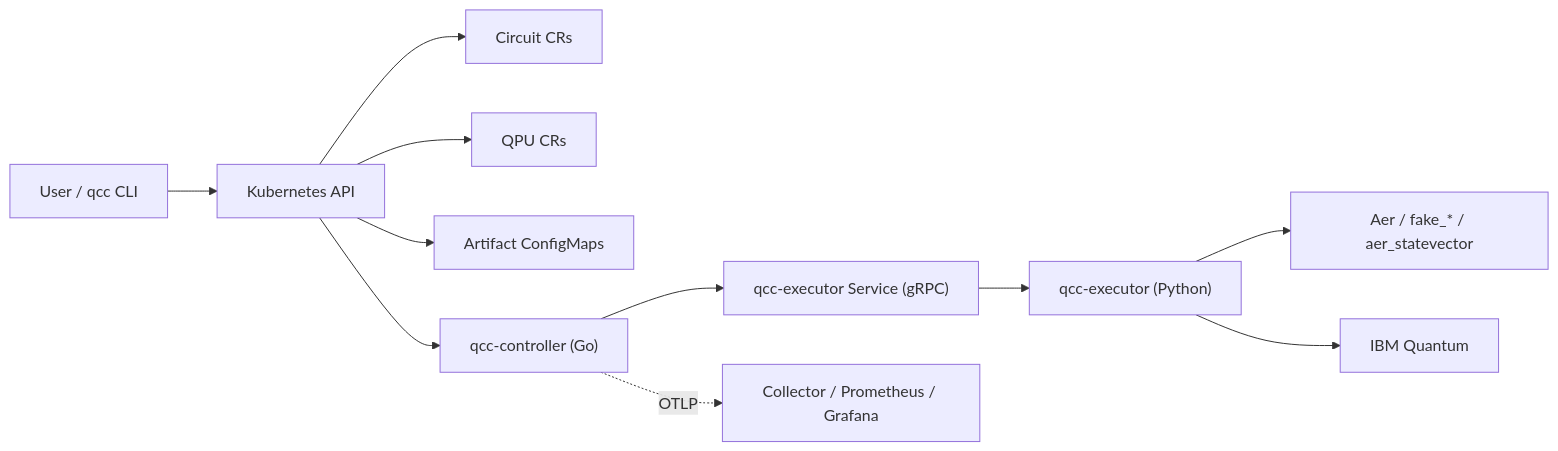
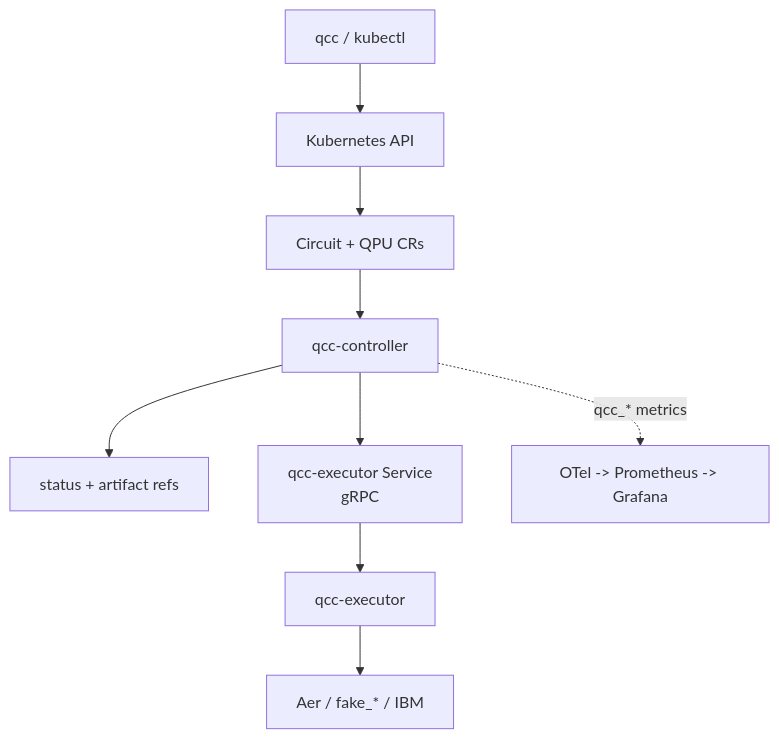
The diagram in docs_revisited/README.md (ioaiaaii/quantum-circuit-controller), drawn with Mermaid before and after one commit. The commit also changed other lines of this file and 13 other files, not shown here.

````diff
--- a/docs_revisited/README.md
+++ b/docs_revisited/README.md
@@ -18,13 +33,11 @@
 ```mermaid
-flowchart LR
-    User["User / qcc CLI"] --> API["Kubernetes API"]
-    API --> Circuit["Circuit CRs"]
-    API --> QPU["QPU CRs"]
-    API --> Artifact["Artifact ConfigMaps"]
-    API --> Controller["qcc-controller (Go)"]
-    Controller --> ExecSvc["qcc-executor Service (gRPC)"]
-    ExecSvc --> Executor["qcc-executor (Python)"]
-    Executor --> Local["Aer / fake_* / aer_statevector"]
-    Executor --> IBM["IBM Quantum"]
-    Controller -. OTLP .-> Obs["Collector / Prometheus / Grafana"]
+flowchart TB
+    CLI["qcc / kubectl"] --> API["Kubernetes API"]
+    API --> Resources["Circuit + QPU CRs"]
+    Resources --> Controller["qcc-controller"]
+    Controller --> Status["status + artifact refs"]
+    Controller --> ExecSvc["qcc-executor Service<br/>gRPC"]
+    ExecSvc --> Executor["qcc-executor"]
+    Executor --> Backends["Aer / fake_* / IBM"]
+    Controller -. qcc_* metrics .-> Obs["OTel -> Prometheus -> Grafana"]
 ```
````
